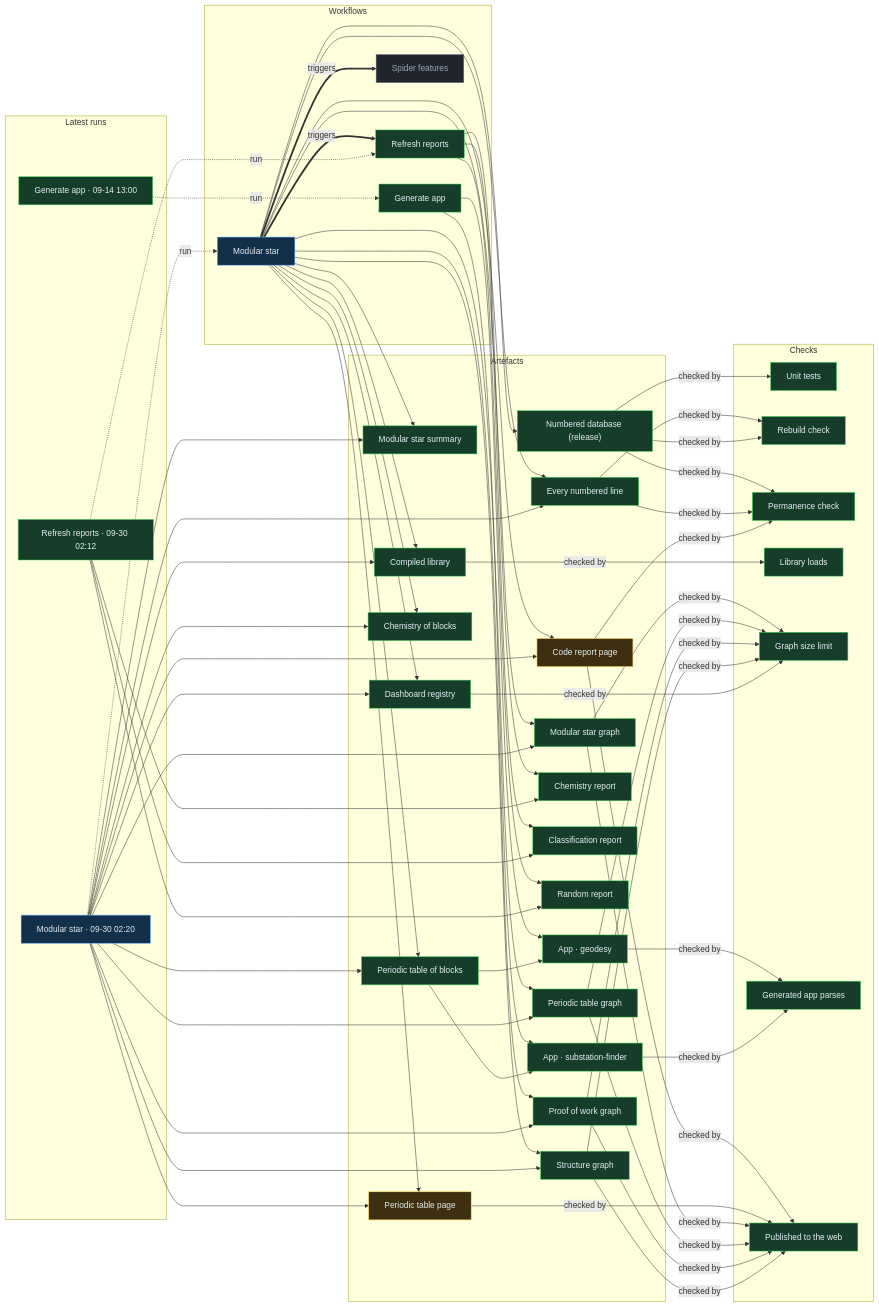
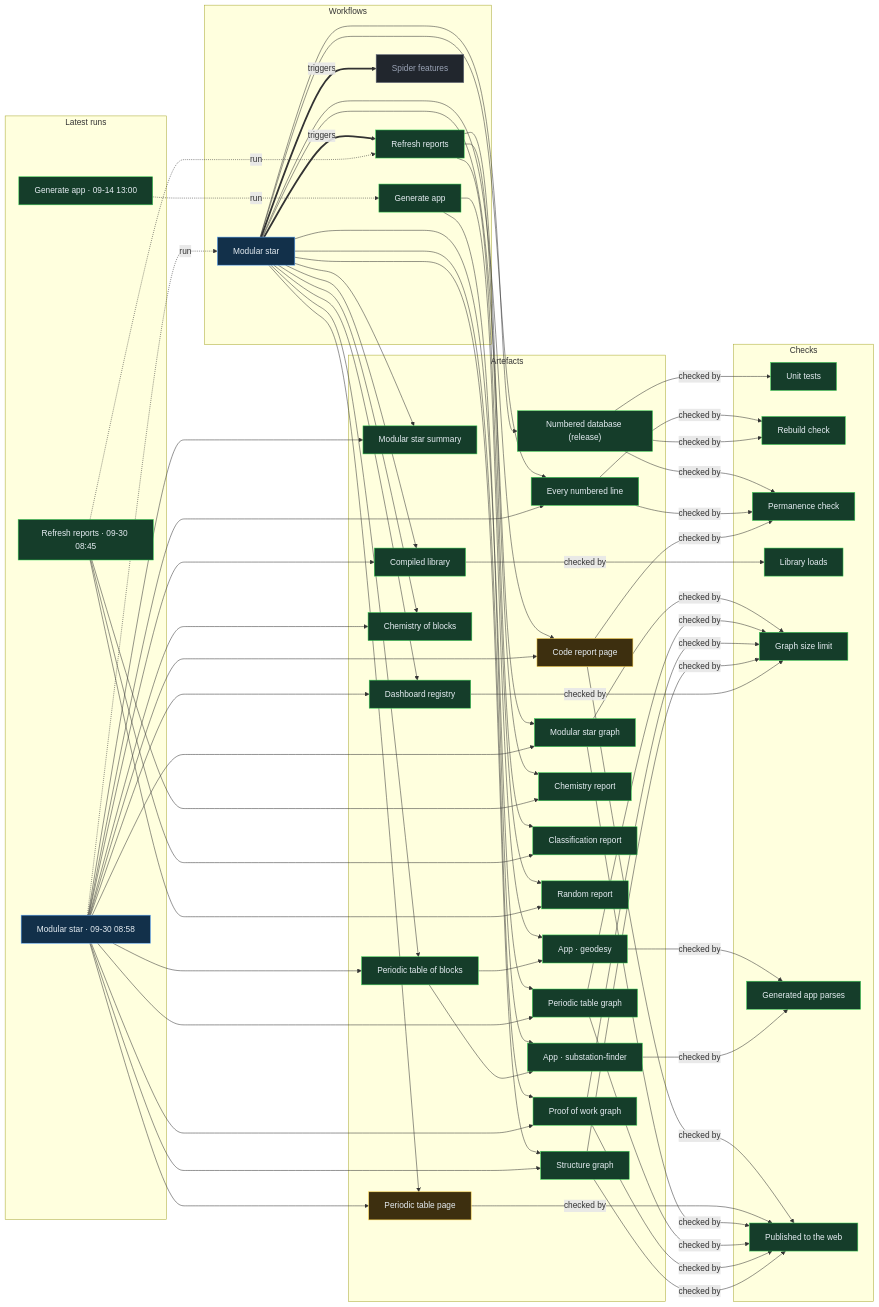
One commit to Ventusltd/stars changed the diagram in proof/PROOF.md. Above: the diagram before and after it, drawn with Mermaid. The commit also changed other lines of this file and 39 other files, not shown here.

Commit message:
Modular star 2026-09-30T09:00Z

```diff
--- a/proof/PROOF.md
+++ b/proof/PROOF.md
@@ -24,8 +24,8 @@
   n_wf_spider_features["Spider features"]:::off
   end
   subgraph g_runs["Latest runs"]
-  n_run_36659391643["Modular star · 09-30 02:20"]:::live
-  n_run_36658752496["Refresh reports · 09-30 02:12"]:::ok
+  n_run_36693089525["Modular star · 09-30 08:58"]:::live
+  n_run_36691734318["Refresh reports · 09-30 08:45"]:::ok
   n_run_34846587798["Generate app · 09-14 13:00"]:::ok
   end
   subgraph g_artefacts["Artefacts"]
@@ -59,39 +59,39 @@
   end
   n_wf_modular_star == triggers ==> n_wf_refresh
   n_wf_modular_star == triggers ==> n_wf_spider_features
-  n_run_36659391643 -. run .-> n_wf_modular_star
-  n_run_36658752496 -. run .-> n_wf_refresh
+  n_run_36693089525 -. run .-> n_wf_modular_star
+  n_run_36691734318 -. run .-> n_wf_refresh
   n_run_34846587798 -. run .-> n_wf_generate
   n_wf_modular_star --> n_art_summary
-  n_run_36659391643 --> n_art_summary
+  n_run_36693089525 --> n_art_summary
   n_wf_modular_star --> n_art_lines
-  n_run_36659391643 --> n_art_lines
+  n_run_36693089525 --> n_art_lines
   n_wf_modular_star --> n_art_code
-  n_run_36659391643 --> n_art_code
+  n_run_36693089525 --> n_art_code
   n_wf_modular_star --> n_art_modular_graph
-  n_run_36659391643 --> n_art_modular_graph
+  n_run_36693089525 --> n_art_modular_graph
   n_wf_modular_star --> n_art_blocks
-  n_run_36659391643 --> n_art_blocks
+  n_run_36693089525 --> n_art_blocks
   n_wf_modular_star --> n_art_table
-  n_run_36659391643 --> n_art_table
+  n_run_36693089525 --> n_art_table
   n_wf_modular_star --> n_art_blocks_graph
-  n_run_36659391643 --> n_art_blocks_graph
+  n_run_36693089525 --> n_art_blocks_graph
   n_wf_modular_star --> n_art_reactions
-  n_run_36659391643 --> n_art_reactions
+  n_run_36693089525 --> n_art_reactions
   n_wf_modular_star --> n_art_library
-  n_run_36659391643 --> n_art_library
+  n_run_36693089525 --> n_art_library
   n_wf_modular_star --> n_art_features
-  n_run_36659391643 --> n_art_features
+  n_run_36693089525 --> n_art_features
   n_wf_modular_star --> n_art_proof
-  n_run_36659391643 --> n_art_proof
+  n_run_36693089525 --> n_art_proof
   n_wf_modular_star --> n_art_structure
-  n_run_36659391643 --> n_art_structure
+  n_run_36693089525 --> n_art_structure
   n_wf_refresh --> n_art_chemistry
-  n_run_36658752496 --> n_art_chemistry
+  n_run_36691734318 --> n_art_chemistry
   n_wf_refresh --> n_art_vedic
-  n_run_36658752496 --> n_art_vedic
+  n_run_36691734318 --> n_art_vedic
   n_wf_refresh --> n_art_random
-  n_run_36658752496 --> n_art_random
+  n_run_36691734318 --> n_art_random
   n_wf_modular_star --> n_art_release
   n_wf_generate --> n_app_geodesy
   n_art_blocks --> n_app_geodesy
```
